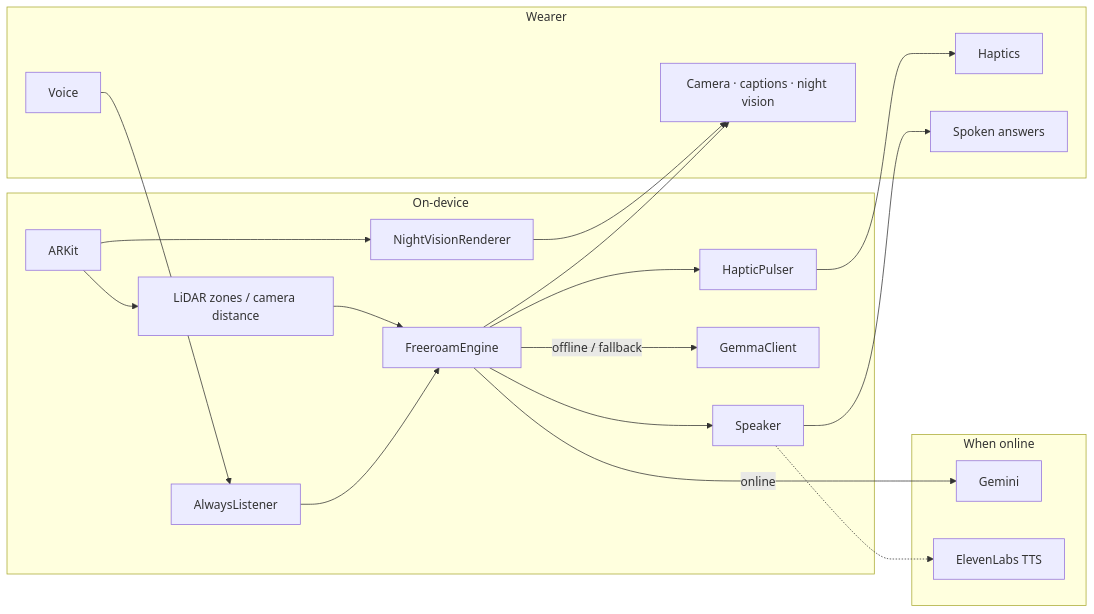
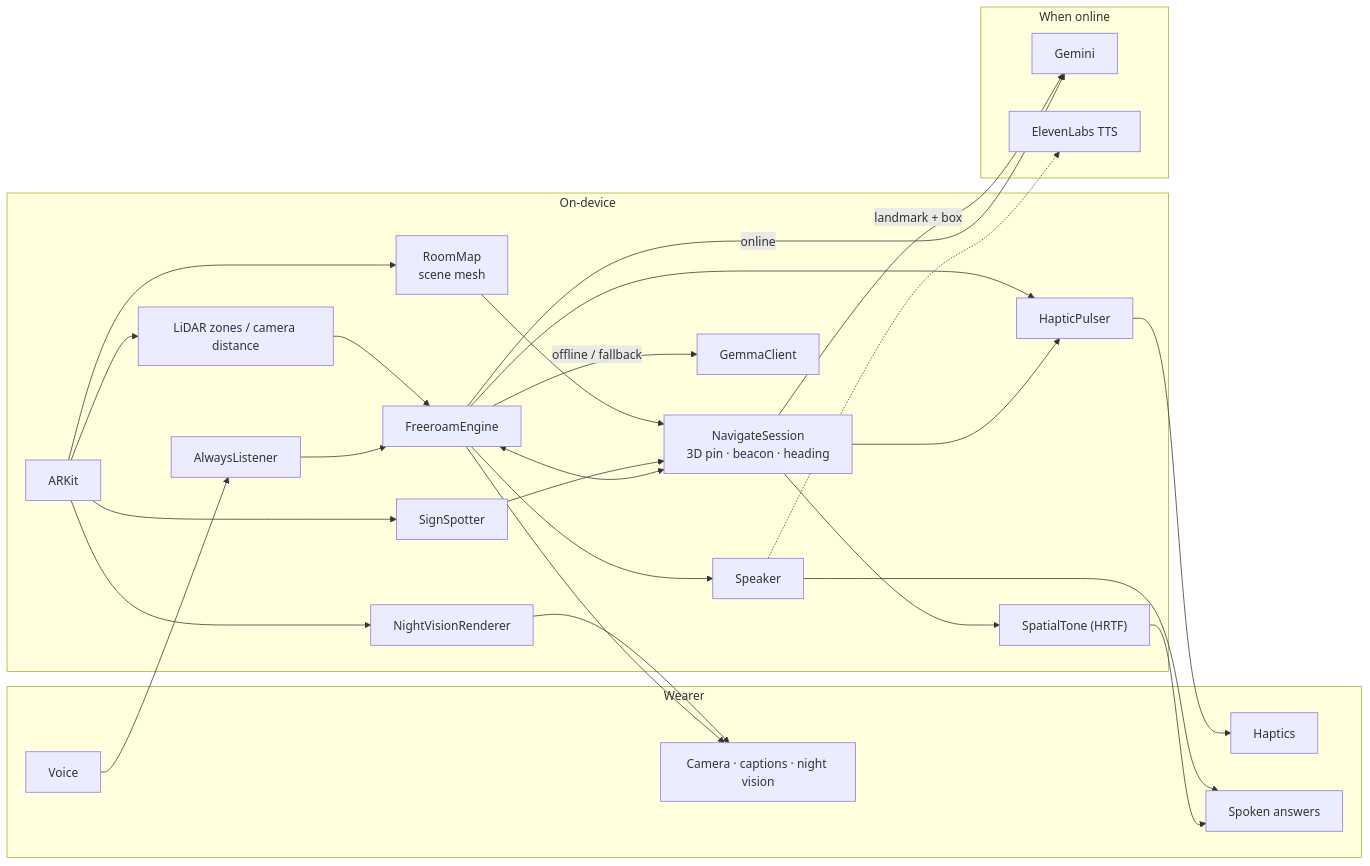
One commit to prathamwankhede/Vantage changed the diagram in README.md. Above: the diagram before and after it, drawn with Mermaid. The commit also changed other lines of this file, not shown here.

First line of the commit message:
Update the README for the new Navigate features.

````diff
--- a/README.md
+++ b/README.md
@@ -66,35 +67,45 @@
 ```mermaid
 flowchart LR
     subgraph Wearer
         MIC["Voice"]
         BODY["Haptics"]
         EAR["Spoken answers"]
         SCREEN["Camera · captions · night vision"]
     end
 
     subgraph Device["On-device"]
         AR["ARKit"]
         DEPTH["LiDAR zones / camera distance"]
         NV["NightVisionRenderer"]
         ENG["FreeroamEngine"]
+        NAV["NavigateSession<br/>3D pin · beacon · heading"]
+        MESH["RoomMap<br/>scene mesh"]
+        OCR["SignSpotter"]
+        HRTF["SpatialTone (HRTF)"]
         SPK["Speaker"]
         LISTEN["AlwaysListener"]
         GEMMA["GemmaClient"]
         HAP["HapticPulser"]
     end
 
     subgraph Cloud["When online"]
         GEM["Gemini"]
         EL["ElevenLabs TTS"]
     end
 
     AR --> DEPTH --> ENG
     AR --> NV --> SCREEN
     MIC --> LISTEN --> ENG
     ENG --> HAP --> BODY
     ENG --> SPK --> EAR
     ENG --> SCREEN
+    AR --> MESH --> NAV
+    AR --> OCR --> NAV
+    ENG <--> NAV
+    NAV --> HRTF --> EAR
+    NAV --> HAP
+    NAV -->|"landmark + box"| GEM
     ENG -->|"online"| GEM
     ENG -->|"offline / fallback"| GEMMA
     SPK -.-> EL
 ```
````
